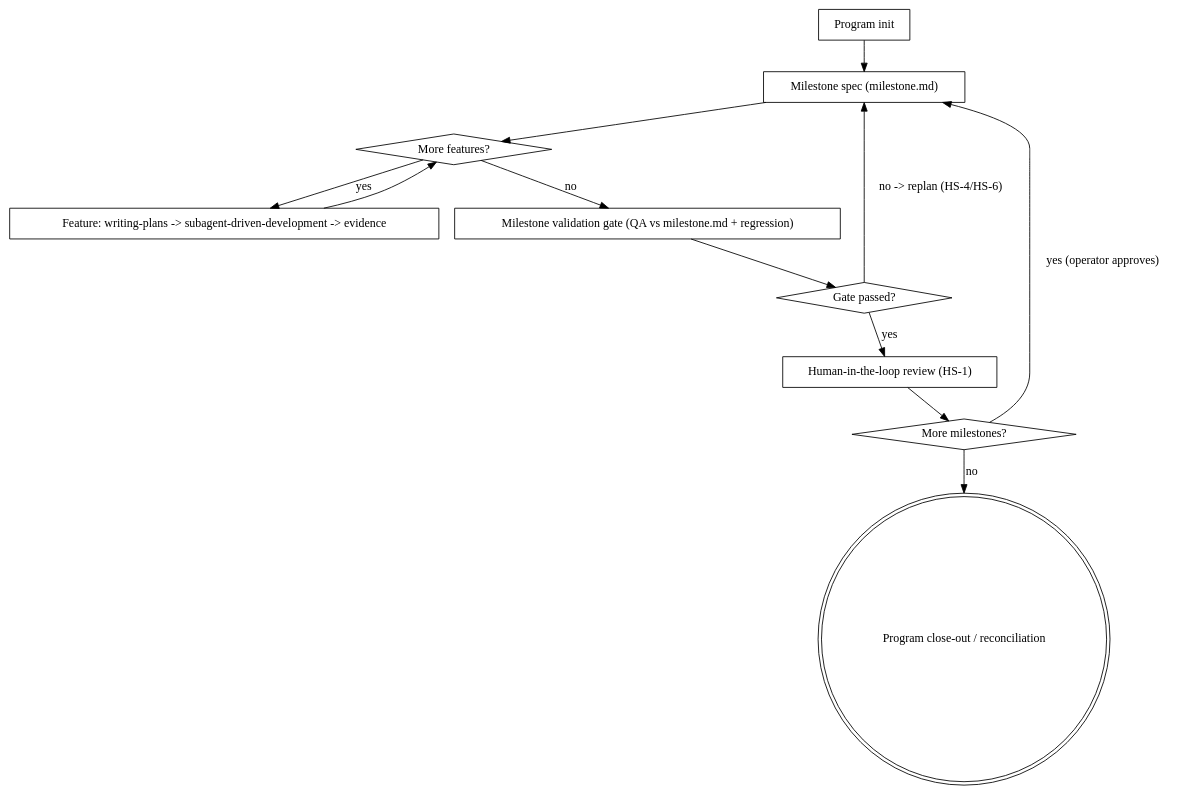
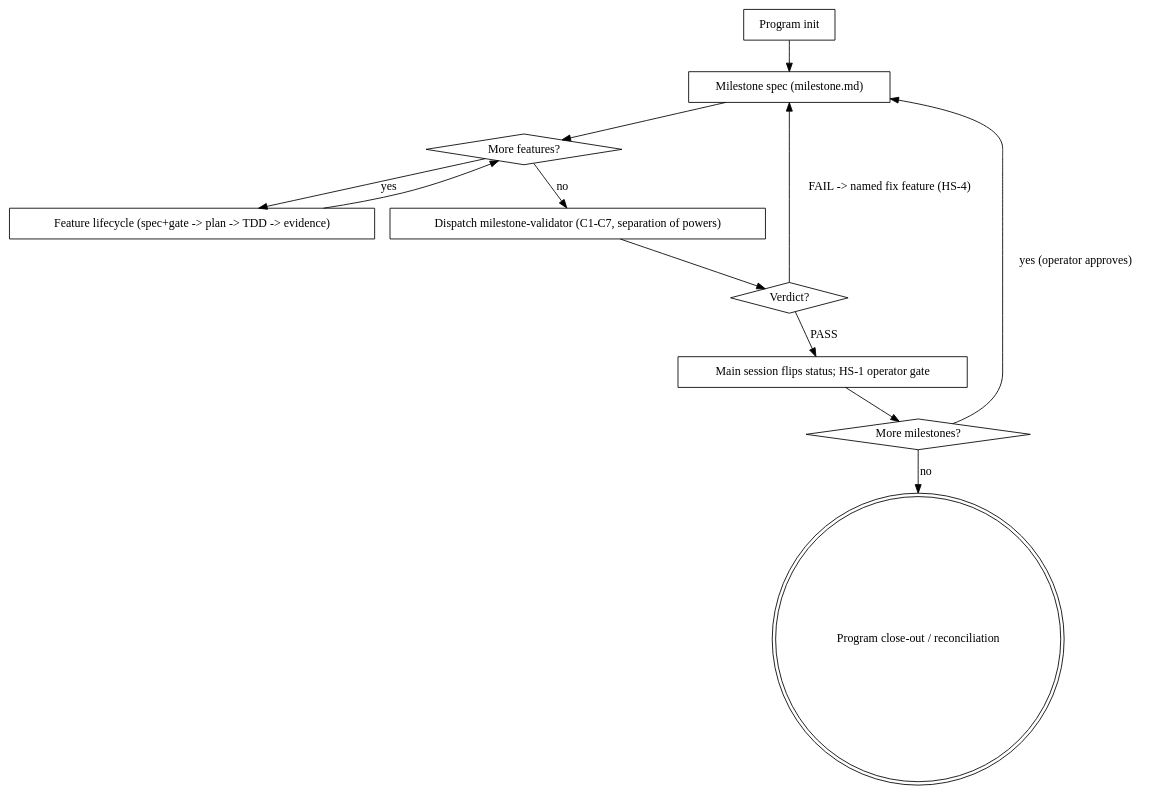
The diagram in .claude/skills/milestone/SKILL.md (developmentconexus-ops/MetalDocs), drawn with Graphviz before and after one commit. The commit also changed other lines of this file and 8 other files, not shown here.

First line of the commit message:
feat(milestone): separation-of-powers close gate + consumer-contract-first lifecycle

````diff
--- a/.claude/skills/milestone/SKILL.md
+++ b/.claude/skills/milestone/SKILL.md
@@ -87,25 +96,25 @@
 ```dot
 digraph milestone {
   "Program init" [shape=box];
   "Milestone spec (milestone.md)" [shape=box];
   "More features?" [shape=diamond];
-  "Feature: writing-plans -> subagent-driven-development -> evidence" [shape=box];
-  "Milestone validation gate (QA vs milestone.md + regression)" [shape=box];
-  "Gate passed?" [shape=diamond];
-  "Human-in-the-loop review (HS-1)" [shape=box];
+  "Feature lifecycle (spec+gate -> plan -> TDD -> evidence)" [shape=box];
+  "Dispatch milestone-validator (C1-C7, separation of powers)" [shape=box];
+  "Verdict?" [shape=diamond];
+  "Main session flips status; HS-1 operator gate" [shape=box];
   "More milestones?" [shape=diamond];
   "Program close-out / reconciliation" [shape=doublecircle];
 
   "Program init" -> "Milestone spec (milestone.md)";
   "Milestone spec (milestone.md)" -> "More features?";
-  "More features?" -> "Feature: writing-plans -> subagent-driven-development -> evidence" [label="yes"];
-  "Feature: writing-plans -> subagent-driven-development -> evidence" -> "More features?";
-  "More features?" -> "Milestone validation gate (QA vs milestone.md + regression)" [label="no"];
-  "Milestone validation gate (QA vs milestone.md + regression)" -> "Gate passed?";
-  "Gate passed?" -> "Milestone spec (milestone.md)" [label="no -> replan (HS-4/HS-6)"];
-  "Gate passed?" -> "Human-in-the-loop review (HS-1)" [label="yes"];
-  "Human-in-the-loop review (HS-1)" -> "More milestones?";
+  "More features?" -> "Feature lifecycle (spec+gate -> plan -> TDD -> evidence)" [label="yes"];
+  "Feature lifecycle (spec+gate -> plan -> TDD -> evidence)" -> "More features?";
+  "More features?" -> "Dispatch milestone-validator (C1-C7, separation of powers)" [label="no"];
+  "Dispatch milestone-validator (C1-C7, separation of powers)" -> "Verdict?";
+  "Verdict?" -> "Milestone spec (milestone.md)" [label="FAIL -> named fix feature (HS-4)"];
+  "Verdict?" -> "Main session flips status; HS-1 operator gate" [label="PASS"];
+  "Main session flips status; HS-1 operator gate" -> "More milestones?";
   "More milestones?" -> "Milestone spec (milestone.md)" [label="yes (operator approves)"];
   "More milestones?" -> "Program close-out / reconciliation" [label="no"];
 }
 ```
````
